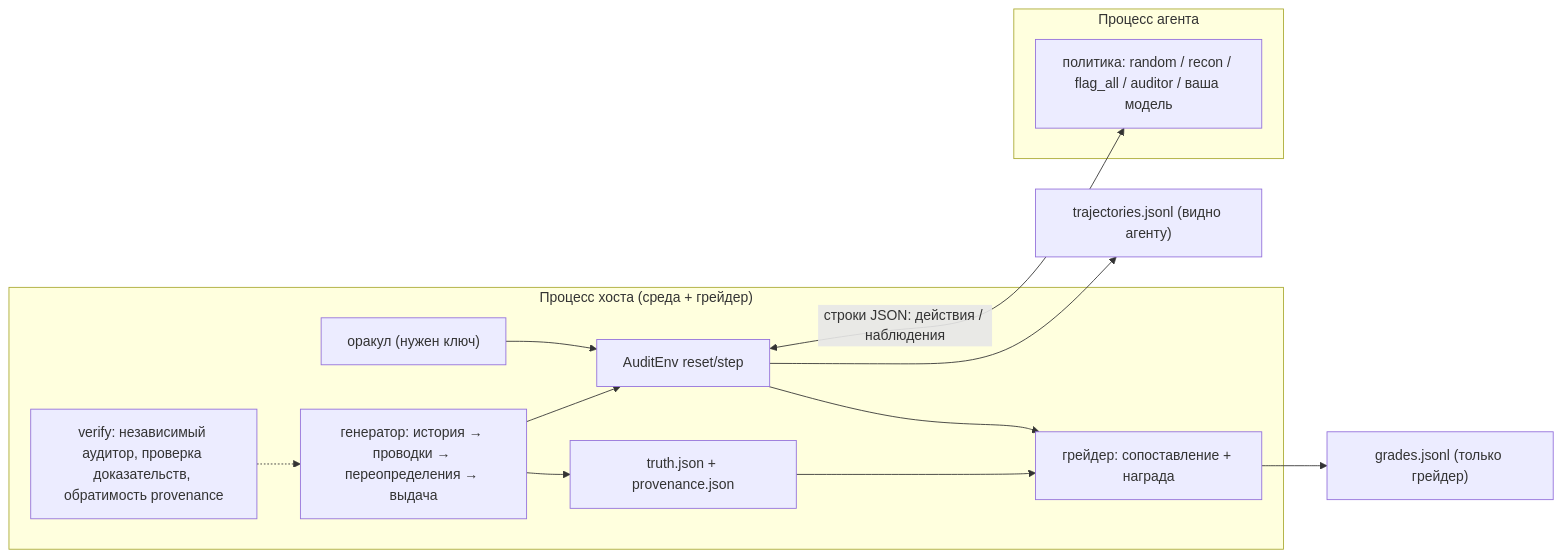
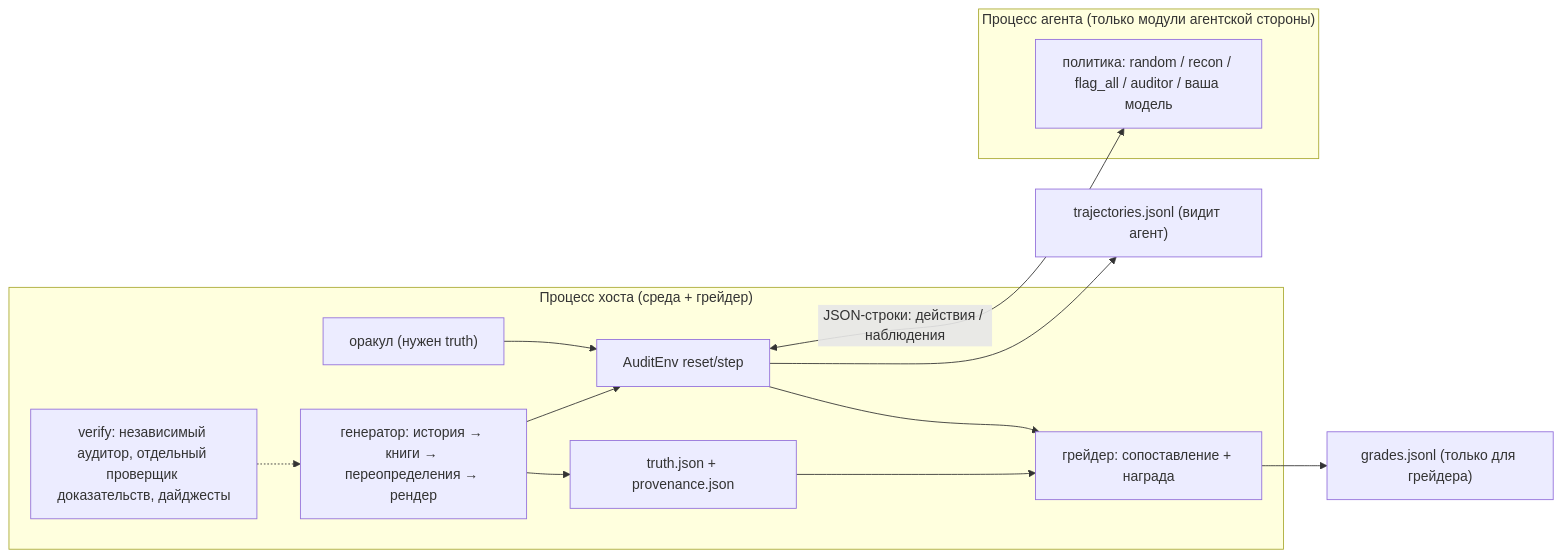
The diagram in README.ru.md (murzakhmetov/auditgym), drawn with Mermaid before and after one commit. The commit also changed other lines of this file and 13 other files, not shown here.

````diff
--- a/README.ru.md
+++ b/README.ru.md
@@ -80,17 +174,17 @@
 ```mermaid
 flowchart LR
   subgraph host["Процесс хоста (среда + грейдер)"]
-    G["генератор: история → проводки → переопределения → выдача"] --> E["AuditEnv reset/step"]
+    G["генератор: история → книги → переопределения → рендер"] --> E["AuditEnv reset/step"]
     G --> T["truth.json + provenance.json"]
     T --> GR["грейдер: сопоставление + награда"]
     E --> GR
-    V["verify: независимый аудитор, проверка доказательств, обратимость provenance"] -.-> G
-    O["оракул (нужен ключ)"] --> E
+    V["verify: независимый аудитор, отдельный проверщик доказательств, дайджесты"] -.-> G
+    O["оракул (нужен truth)"] --> E
   end
-  subgraph child["Процесс агента"]
+  subgraph child["Процесс агента (только модули агентской стороны)"]
     P["политика: random / recon / flag_all / auditor / ваша модель"]
   end
-  E <-->|"строки JSON: действия / наблюдения"| P
-  GR --> L["grades.jsonl (только грейдер)"]
-  E --> TR["trajectories.jsonl (видно агенту)"]
+  E <-->|"JSON-строки: действия / наблюдения"| P
+  GR --> L["grades.jsonl (только для грейдера)"]
+  E --> TR["trajectories.jsonl (видит агент)"]
 ```
````
